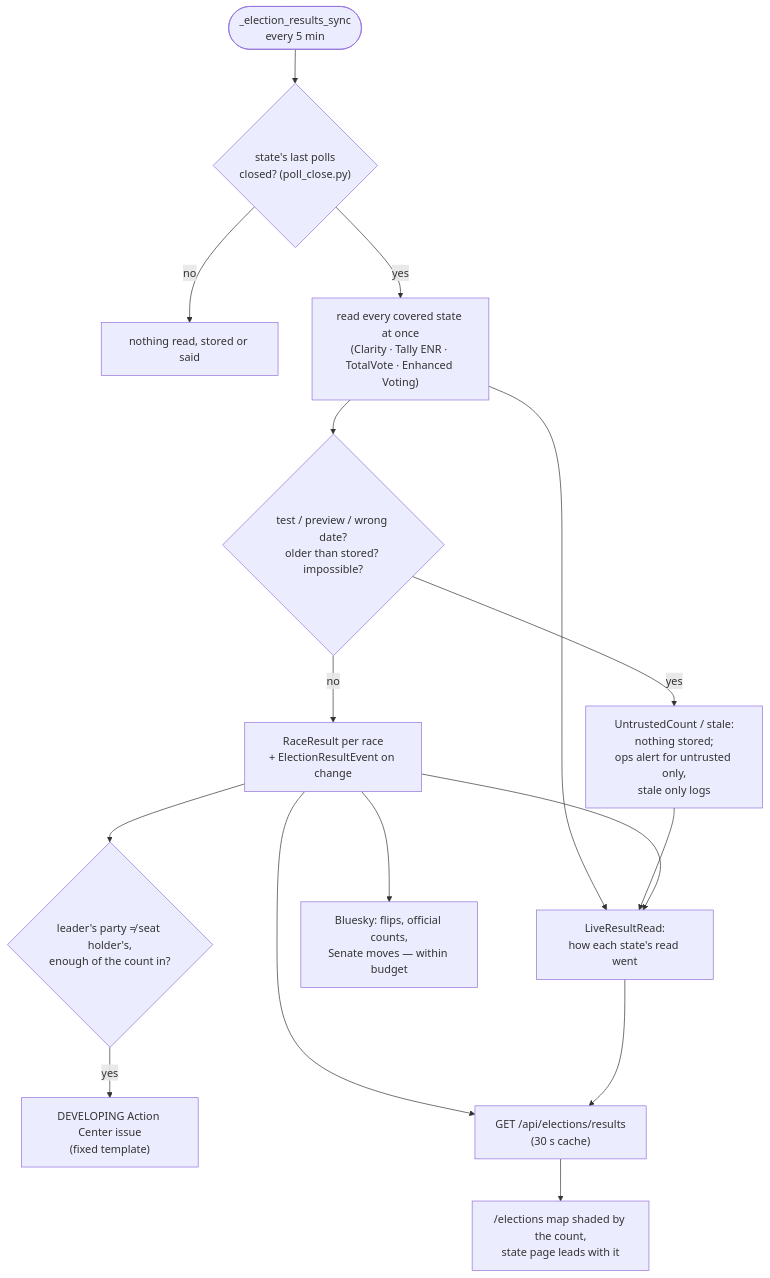
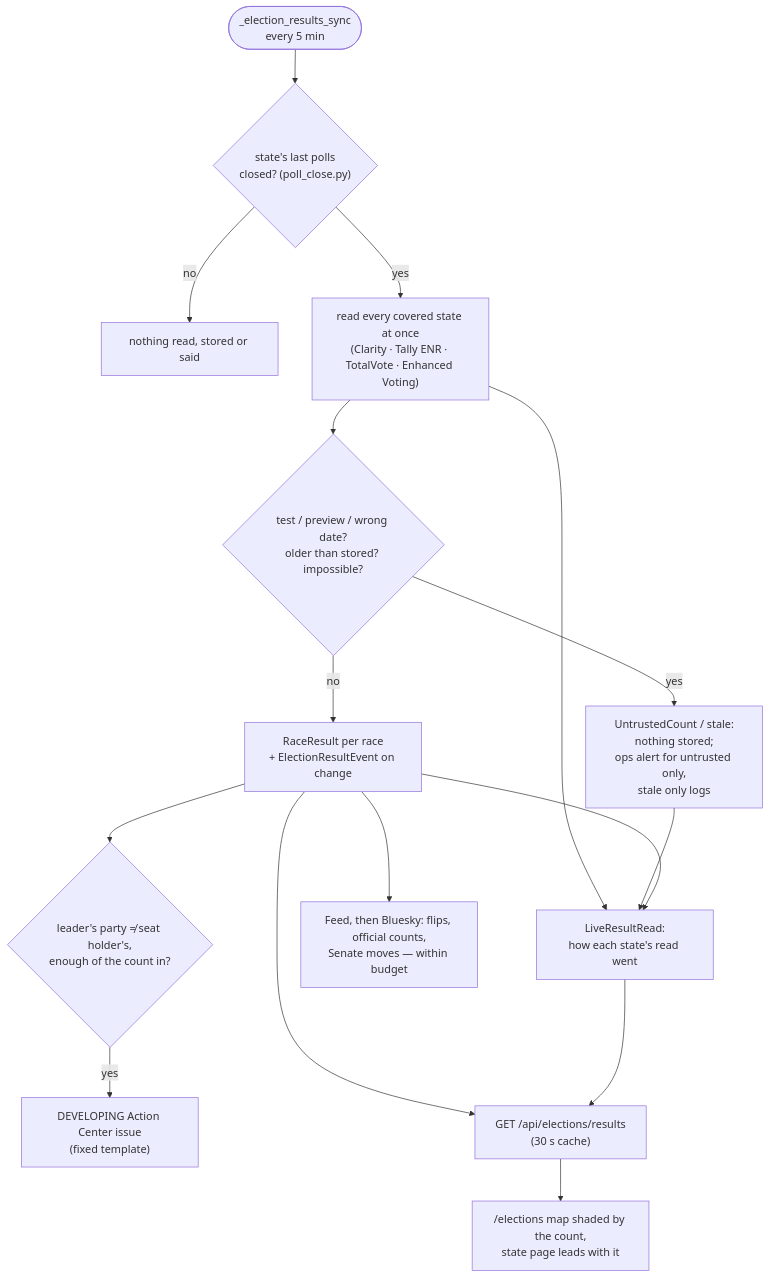
Before and after one commit to kamoras/civitas: the fourth of 4 diagrams in docs/diagrams/10-elections.md, drawn with Mermaid. The commit also changed other lines of this file and 7 other files, not shown here.

````diff
--- a/docs/diagrams/10-elections.md
+++ b/docs/diagrams/10-elections.md
@@ -311,14 +311,14 @@
 ```mermaid
 flowchart TD
     TICK(["_election_results_sync<br/>every 5 min"]) --> GATE{"state's last polls<br/>closed? (poll_close.py)"}
     GATE -- no --> NONE["nothing read, stored or said"]
     GATE -- yes --> READ["read every covered state at once<br/>(Clarity · Tally ENR · TotalVote · Enhanced Voting)"]
     READ --> TRUST{"test / preview / wrong date?<br/>older than stored? impossible?"}
     TRUST -- yes --> REFUSE["UntrustedCount / stale:<br/>nothing stored;<br/>ops alert for untrusted only,<br/>stale only logs"]
     TRUST -- no --> STORE["RaceResult per race<br/>+ ElectionResultEvent on change"]
     READ & REFUSE & STORE --> FEED["LiveResultRead:<br/>how each state's read went"]
     STORE --> FLIP{"leader's party ≠ seat holder's,<br/>enough of the count in?"}
     FLIP -- yes --> ISSUE["DEVELOPING Action Center issue<br/>(fixed template)"]
-    STORE --> POST["Bluesky: flips, official counts,<br/>Senate moves — within budget"]
+    STORE --> POST["Feed, then Bluesky: flips, official counts,<br/>Senate moves — within budget"]
     STORE & FEED --> API["GET /api/elections/results<br/>(30 s cache)"] --> PAGE["/elections map shaded by the count,<br/>state page leads with it"]
 ```
````
